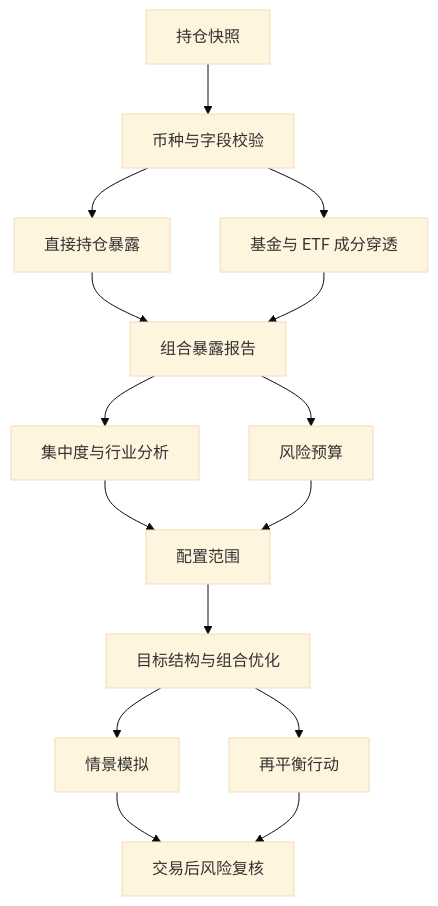
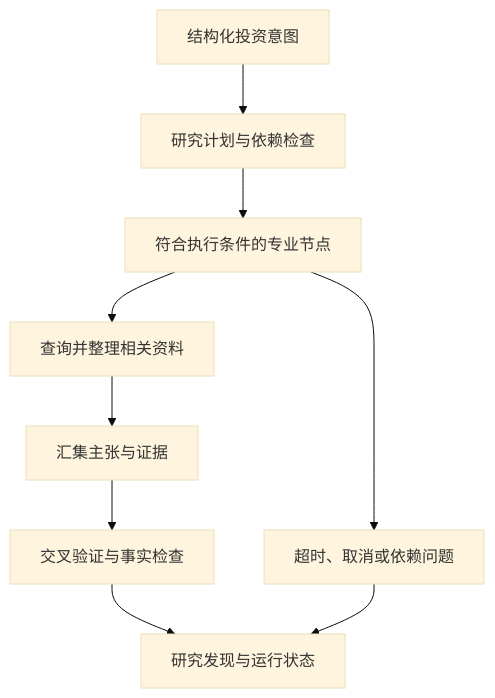
One commit to 1917173927/prism changed the fourth of 7 diagrams in docs/submission/competition-technical-solution.md. Above: the diagram before and after it, drawn with Mermaid (base theme). The commit also changed other lines of this file and 4 other files, not shown here.

````diff
--- a/docs/submission/competition-technical-solution.md
+++ b/docs/submission/competition-technical-solution.md
@@ -453,17 +281,11 @@
 ```mermaid
 flowchart TD
-    A[持仓快照] --> B[币种与字段校验]
-    B --> C[直接持仓暴露]
-    B --> D[基金与 ETF 成分穿透]
-    C --> E[组合暴露报告]
-    D --> E
-    E --> F[集中度与行业分析]
-    E --> G[风险预算]
-    F --> H[配置范围]
-    G --> H
-    H --> I[目标结构与组合优化]
-    I --> J[情景模拟]
-    I --> K[再平衡行动]
-    J --> L[交易后风险复核]
-    K --> L
+    A[结构化投资意图] --> B[研究计划与依赖检查]
+    B --> C[符合执行条件的专业节点]
+    C --> D[查询并整理相关资料]
+    D --> E[汇集主张与证据]
+    E --> F[交叉验证与事实检查]
+    F --> G[研究发现与运行状态]
+    C --> H[超时、取消或依赖问题]
+    H --> G
 ```
````
